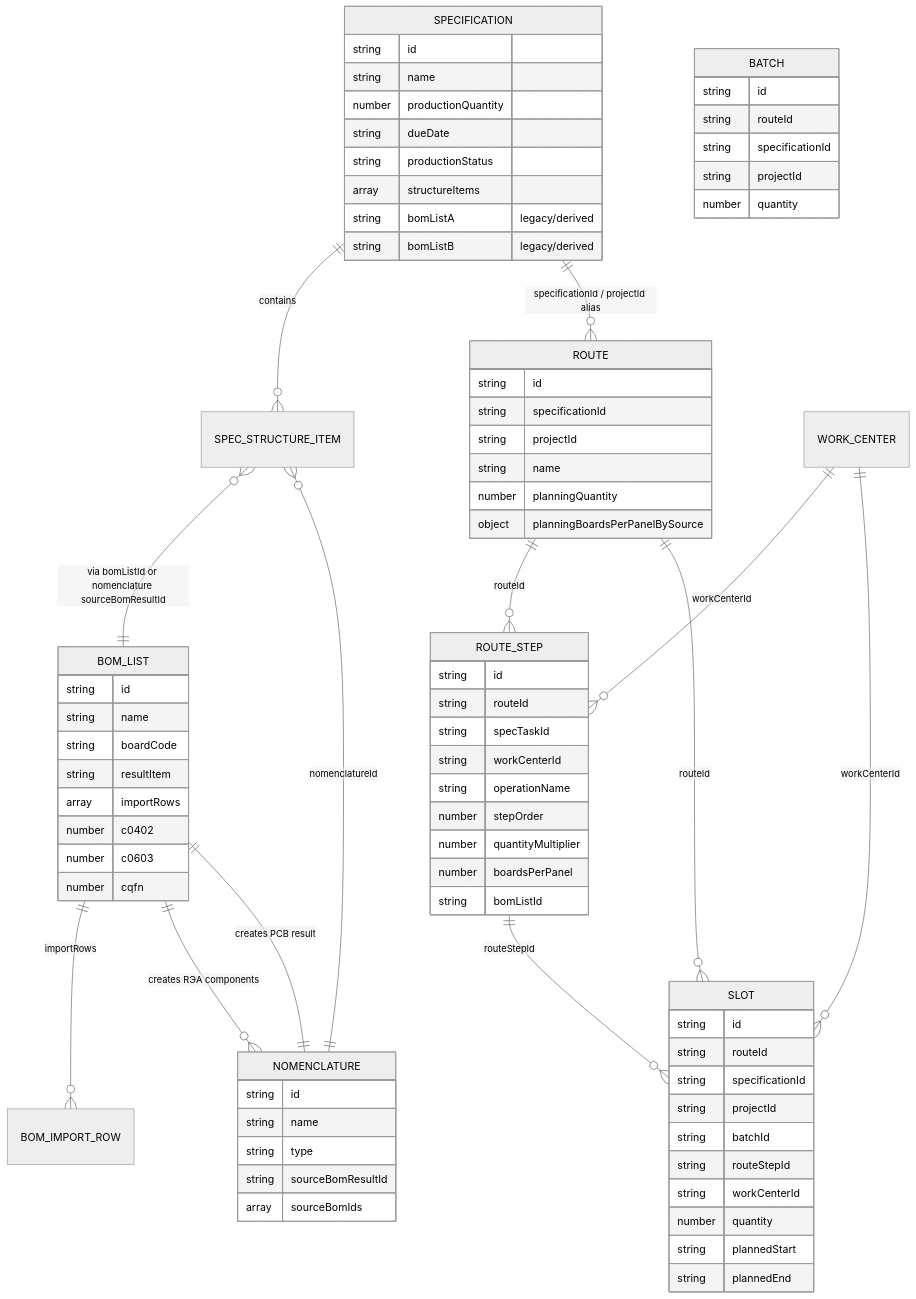
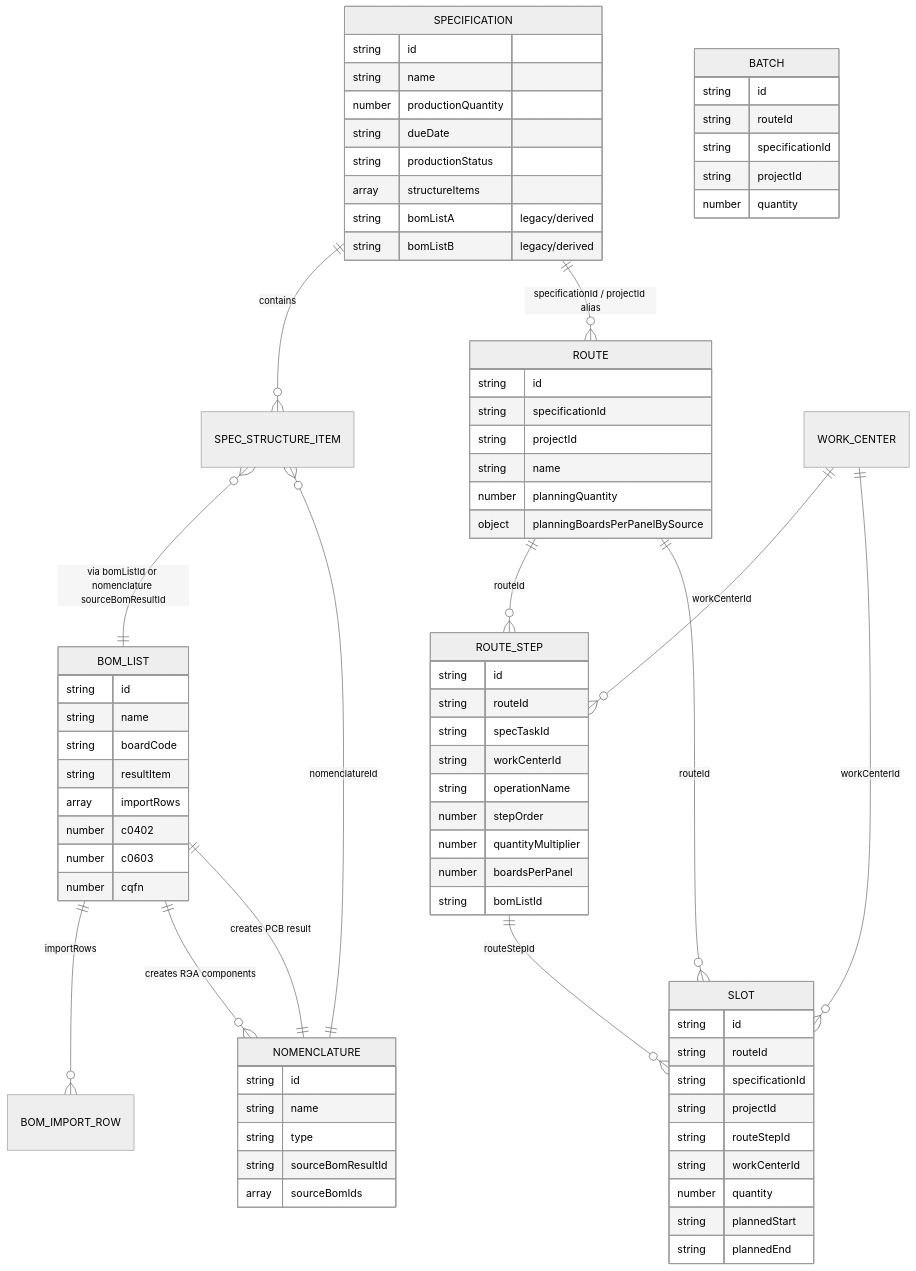
Before and after one commit to vladislav241194/mes-staging: the second of 6 diagrams in docs/object-relationship-map.md, drawn with Mermaid (neutral theme). The commit also changed other lines of this file and 71 other files, not shown here.

```diff
--- a/docs/object-relationship-map.md
+++ b/docs/object-relationship-map.md
@@ -191,7 +204,6 @@
     string routeId
     string specificationId
     string projectId
-    string batchId
     string routeStepId
     string workCenterId
     number quantity
```
